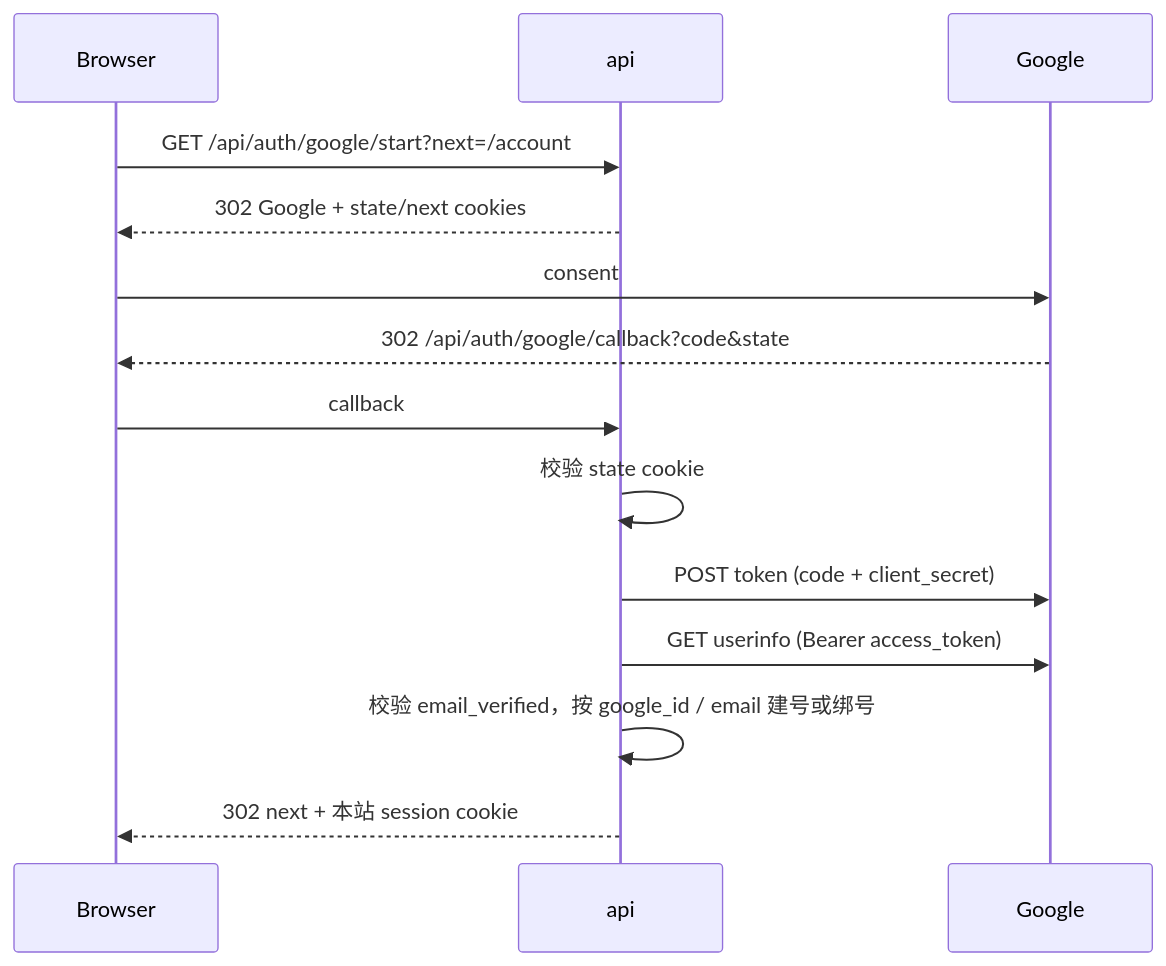
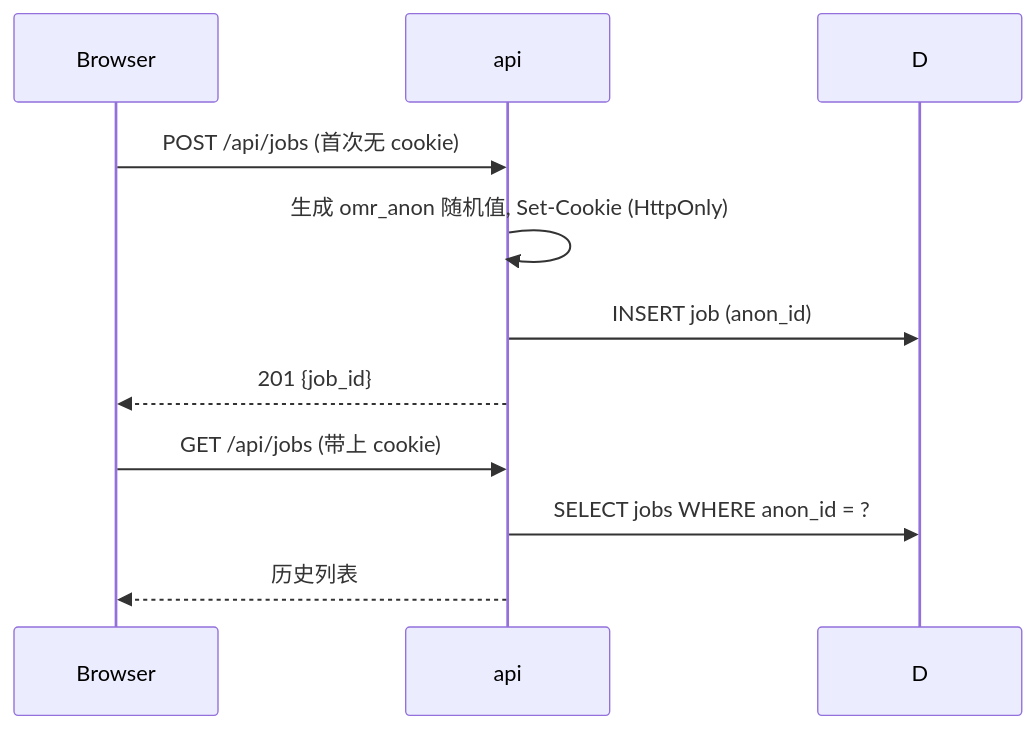
The third of 3 diagrams in docs/ARCHITECTURE.md (shuyueW1991/scoreomr), drawn with Mermaid before and after one commit. The commit also changed other lines of this file and 54 other files, not shown here.

````diff
--- a/docs/ARCHITECTURE.md
+++ b/docs/ARCHITECTURE.md
@@ -90,17 +87,13 @@
 ```mermaid
 sequenceDiagram
   participant B as Browser
   participant A as api
-  participant G as Google
 
-  B->>A: GET /api/auth/google/start?next=/account
-  A-->>B: 302 Google + state/next cookies
-  B->>G: consent
-  G-->>B: 302 /api/auth/google/callback?code&state
-  B->>A: callback
-  A->>A: 校验 state cookie
-  A->>G: POST token (code + client_secret)
-  A->>G: GET userinfo (Bearer access_token)
-  A->>A: 校验 email_verified，按 google_id / email 建号或绑号
-  A-->>B: 302 next + 本站 session cookie
+  B->>A: POST /api/jobs (首次无 cookie)
+  A->>A: 生成 omr_anon 随机值, Set-Cookie (HttpOnly)
+  A->>D: INSERT job (anon_id)
+  A-->>B: 201 {job_id}
+  B->>A: GET /api/jobs (带上 cookie)
+  A->>D: SELECT jobs WHERE anon_id = ?
+  A-->>B: 历史列表
 ```
````
